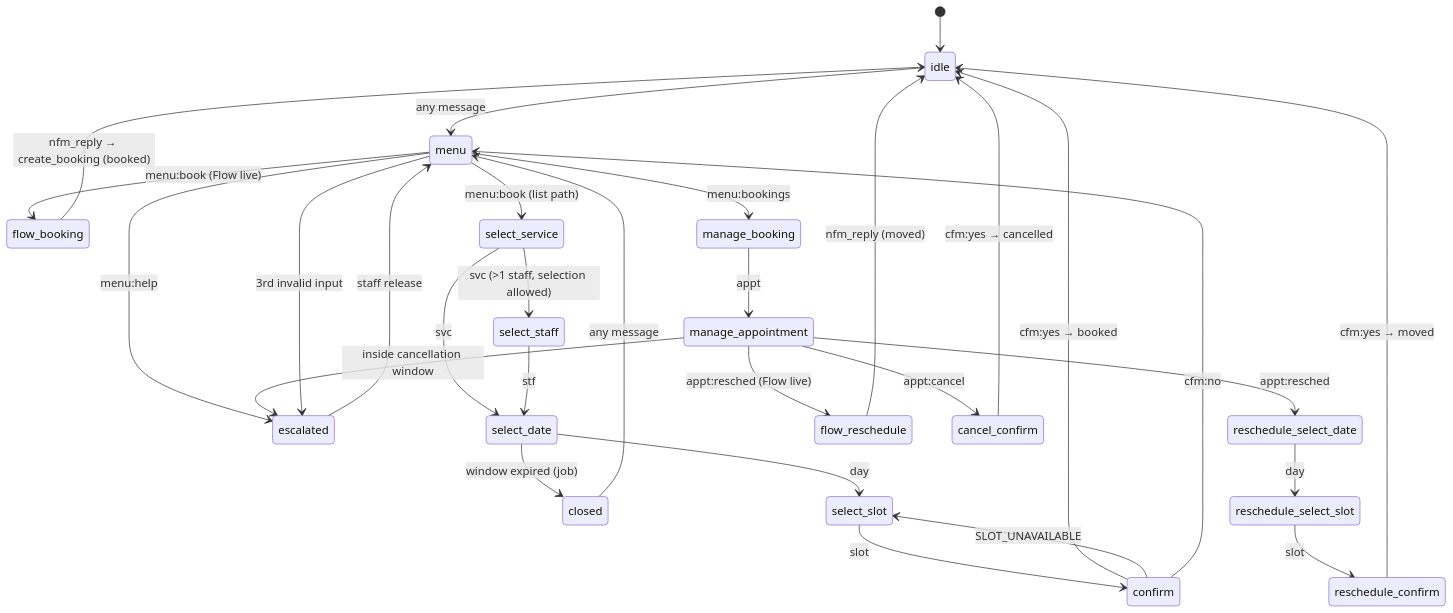
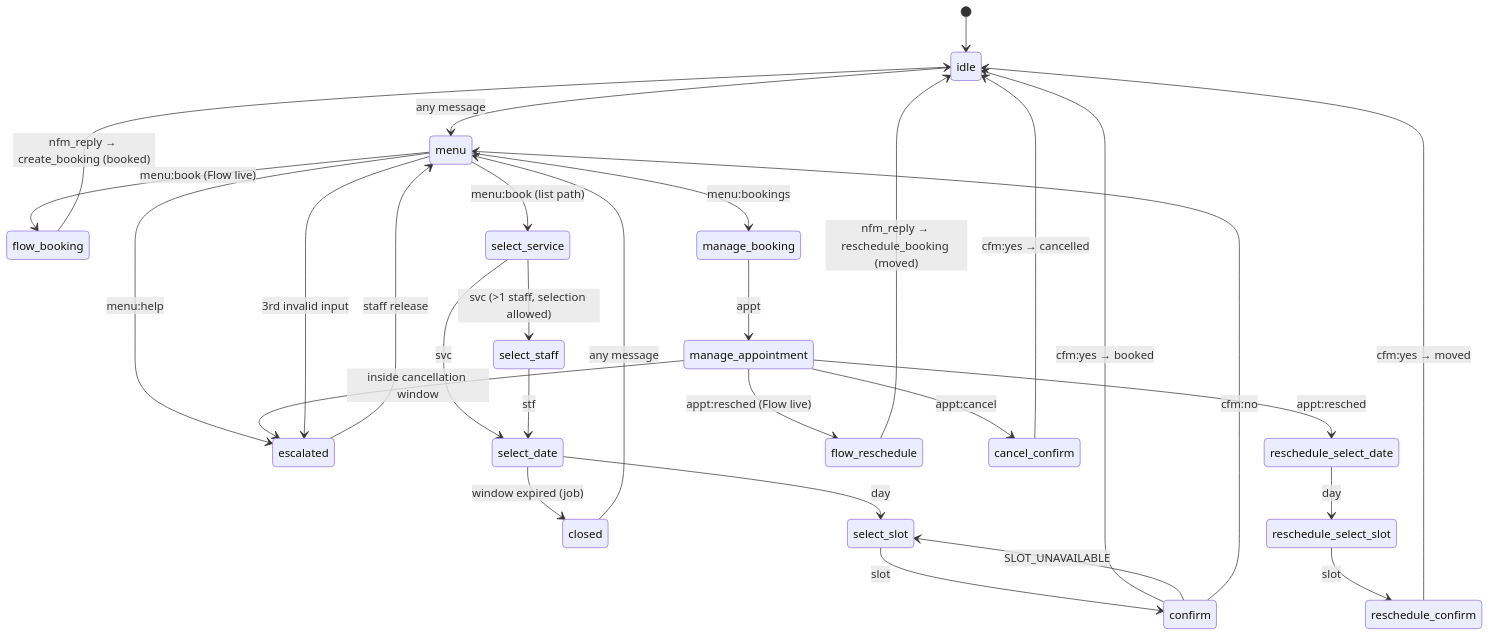
The diagram in docs/whatsapp.md (Penetron-Returns/MobileAppProject), drawn with Mermaid before and after one commit. The commit also changed other lines of this file and 17 other files, not shown here.

First line of the commit message:
Move reschedule Flow to reschedule_v2 with a complete terminal screen

````diff
--- a/docs/whatsapp.md
+++ b/docs/whatsapp.md
@@ -131,32 +131,32 @@
 ```mermaid
 stateDiagram-v2
     [*] --> idle
     idle --> menu: any message
     closed --> menu: any message
     menu --> flow_booking: menu:book (Flow live)
     menu --> select_service: menu:book (list path)
     menu --> manage_booking: menu:bookings
     menu --> escalated: menu:help
     select_service --> select_staff: svc (>1 staff, selection allowed)
     select_service --> select_date: svc
     select_staff --> select_date: stf
     select_date --> select_slot: day
     select_slot --> confirm: slot
     confirm --> idle: cfm:yes → booked
     confirm --> select_slot: SLOT_UNAVAILABLE
     confirm --> menu: cfm:no
     flow_booking --> idle: nfm_reply → create_booking (booked)
     manage_booking --> manage_appointment: appt
     manage_appointment --> reschedule_select_date: appt:resched
     manage_appointment --> flow_reschedule: appt:resched (Flow live)
     manage_appointment --> cancel_confirm: appt:cancel
     manage_appointment --> escalated: inside cancellation window
     reschedule_select_date --> reschedule_select_slot: day
     reschedule_select_slot --> reschedule_confirm: slot
     reschedule_confirm --> idle: cfm:yes → moved
-    flow_reschedule --> idle: nfm_reply (moved)
+    flow_reschedule --> idle: nfm_reply → reschedule_booking (moved)
     cancel_confirm --> idle: cfm:yes → cancelled
     menu --> escalated: 3rd invalid input
     escalated --> menu: staff release
     select_date --> closed: window expired (job)
 ```
````
